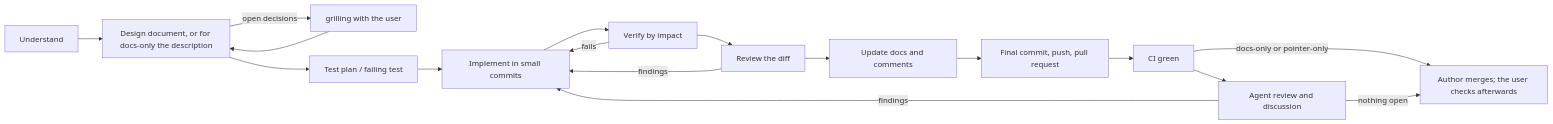
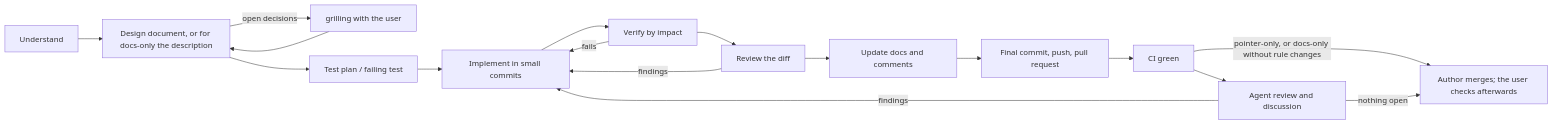
One commit to SMB-M87/Kinetra changed the first of 3 diagrams in docs/workflow.md. Above: the diagram before and after it, drawn with Mermaid. The commit also changed other lines of this file and 1 other file, not shown here.

````diff
--- a/docs/workflow.md
+++ b/docs/workflow.md
@@ -25,19 +25,19 @@
 ```mermaid
 flowchart LR
     U[Understand] --> D[Design document, or for docs-only the description]
     D -->|open decisions| G[grilling with the user]
     G --> D
     D --> T[Test plan / failing test]
     T --> I[Implement in small commits]
     I --> V[Verify by impact]
     V -->|fails| I
     V --> R[Review the diff]
     R -->|findings| I
     R --> Doc[Update docs and comments]
     Doc --> C[Final commit, push, pull request]
     C --> CI[CI green]
-    CI -->|docs-only or pointer-only| M
+    CI -->|pointer-only, or docs-only without rule changes| M
     CI --> AR[Agent review and discussion]
     AR -->|findings| I
     AR -->|nothing open| M[Author merges; the user checks afterwards]
 ```
````
